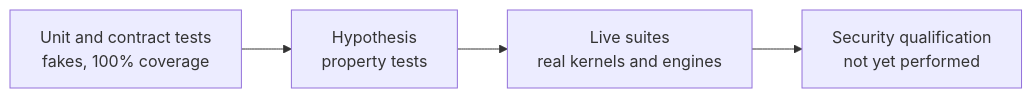
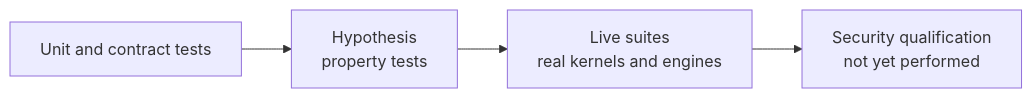
Before and after one commit to smuniharish/isolattice: the diagram in diagrams/testing-levels.mmd, drawn with Mermaid. The commit also changed 28 other files, not shown here.

```diff
--- a/diagrams/testing-levels.mmd
+++ b/diagrams/testing-levels.mmd
@@ -1,4 +1,4 @@
 flowchart LR
-    Unit["Unit and contract tests<br/>fakes, 100% coverage"] --> Property["Hypothesis<br/>property tests"]
+    Unit["Unit and contract tests"] --> Property["Hypothesis<br/>property tests"]
     Property --> Live["Live suites<br/>real kernels and engines"]
     Live --> Qualification["Security qualification<br/>not yet performed"]
```
